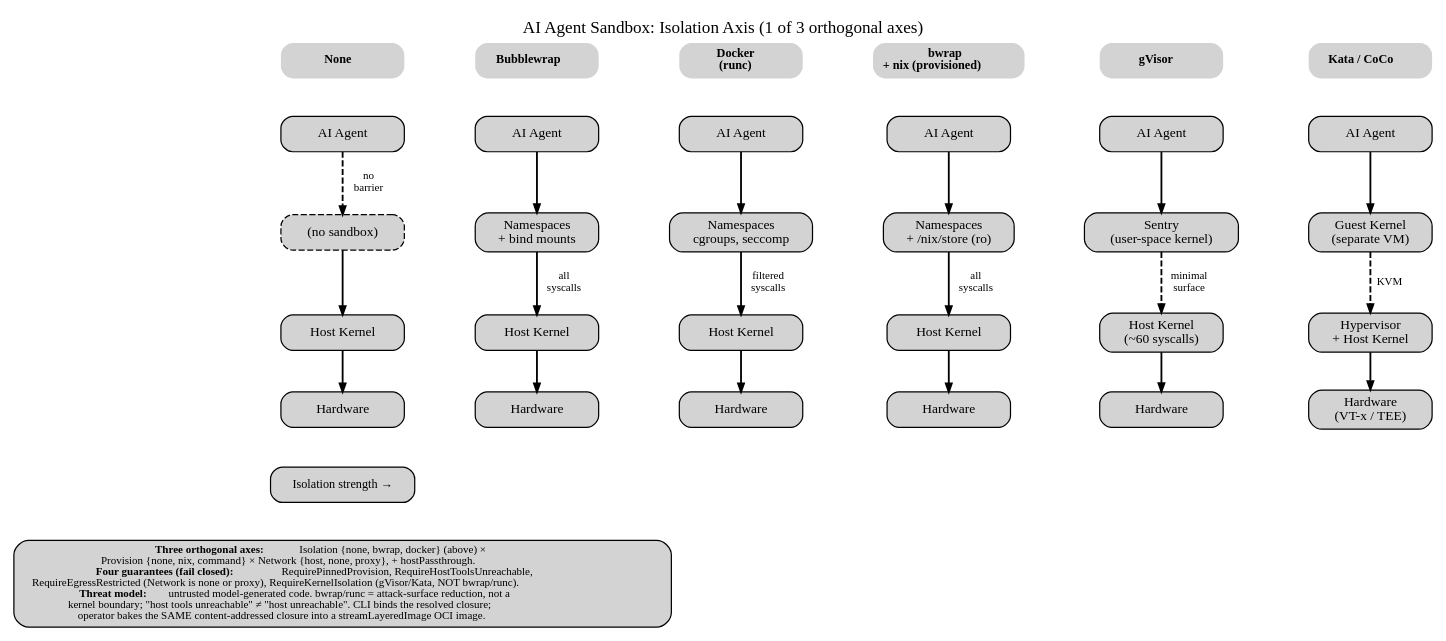
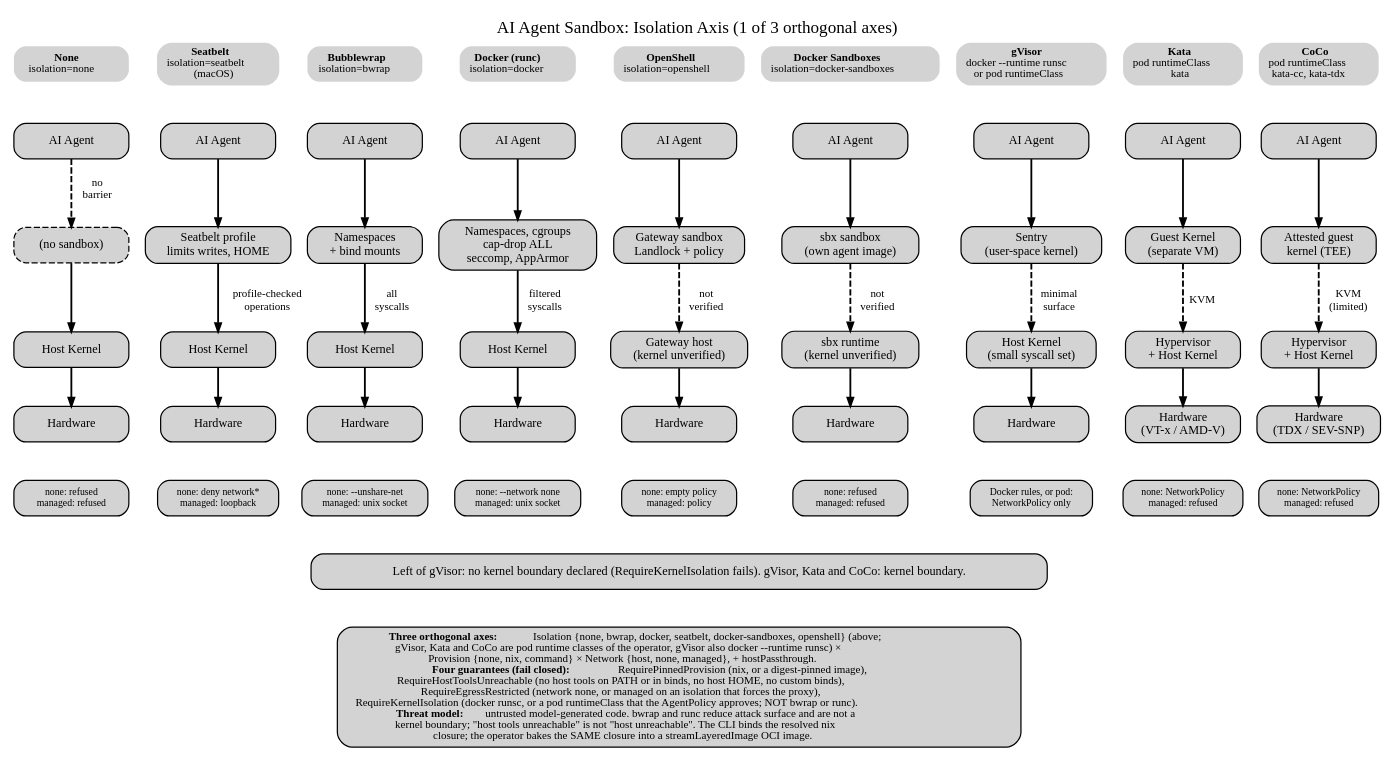
Before and after one commit to xonovex/platform: the diagram in packages/asset/asset-diagrams/00-overview.dot, drawn with Graphviz. The commit also changed 27 other files, not shown here.

Commit message:
docs(asset-diagrams): correct the sandbox diagrams against the code and add seatbelt, docker-sandboxes and openshell

```diff
--- a/packages/asset/asset-diagrams/00-overview.dot
+++ b/packages/asset/asset-diagrams/00-overview.dot
@@ -1,124 +1,174 @@
 digraph Overview {
   rankdir=TB;
   splines=false;
-  nodesep=0.4;
+  nodesep=0.1;
   ranksep=0.4;
   margin=0.3;
 
-  node [shape=box, style="rounded,filled", fontsize=11, width=1.4, height=0.4];
+  node [shape=box, style="rounded,filled", fontsize=10, width=1.3, height=0.4];
   edge [fontsize=9, penwidth=1.5, arrowsize=0.7];
 
   label="AI Agent Sandbox: Isolation Axis (1 of 3 orthogonal axes)";
   labelloc=t;
   fontsize=14;
 
-  // Column headers — the ISOLATION axis. Provision {none,nix,command} and
-  // Network {host,none,proxy} are ORTHOGONAL axes, not points on this spectrum.
+  // Column headers: the ISOLATION axis. Provision {none,nix,command} and
+  // Network {host,none,managed} are ORTHOGONAL axes, not points on this
+  // spectrum. The rows below the agent show what each isolation declares.
   subgraph {
     rank=same;
-    h1 [label=<<b>None</b>>, shape=plaintext, fontsize=10, group=c1];
-    h2 [label=<<b>Bubblewrap</b>>, shape=plaintext, fontsize=10, group=c2];
-    h3 [label=<<b>Docker<br/>(runc)</b>>, shape=plaintext, fontsize=10, group=c3];
-    h4 [label=<<b>bwrap<br/>+ nix (provisioned)</b>>, shape=plaintext, fontsize=10, group=c4];
-    h5 [label=<<b>gVisor</b>>, shape=plaintext, fontsize=10, group=c5];
-    h6 [label=<<b>Kata / CoCo</b>>, shape=plaintext, fontsize=10, group=c6];
+    h1 [label=<<b>None</b><br/>isolation=none>, shape=plaintext, fontsize=9, group=c1];
+    h2 [label=<<b>Seatbelt</b><br/>isolation=seatbelt<br/>(macOS)>, shape=plaintext, fontsize=9, group=c2];
+    h3 [label=<<b>Bubblewrap</b><br/>isolation=bwrap>, shape=plaintext, fontsize=9, group=c3];
+    h4 [label=<<b>Docker (runc)</b><br/>isolation=docker>, shape=plaintext, fontsize=9, group=c4];
+    h5 [label=<<b>OpenShell</b><br/>isolation=openshell>, shape=plaintext, fontsize=9, group=c5];
+    h6 [label=<<b>Docker Sandboxes</b><br/>isolation=docker-sandboxes>, shape=plaintext, fontsize=9, group=c6];
+    h7 [label=<<b>gVisor</b><br/>docker --runtime runsc<br/>or pod runtimeClass>, shape=plaintext, fontsize=9, group=c7];
+    h8 [label=<<b>Kata</b><br/>pod runtimeClass<br/>kata>, shape=plaintext, fontsize=9, group=c8];
+    h9 [label=<<b>CoCo</b><br/>pod runtimeClass<br/>kata-cc, kata-tdx>, shape=plaintext, fontsize=9, group=c9];
   }
 
-  // Application layer
   subgraph {
     rank=same;
     a1 [label="AI Agent", role="actor", group=c1];
     a2 [label="AI Agent", role="actor", group=c2];
     a3 [label="AI Agent", role="actor", group=c3];
     a4 [label="AI Agent", role="actor", group=c4];
     a5 [label="AI Agent", role="actor", group=c5];
     a6 [label="AI Agent", role="actor", group=c6];
+    a7 [label="AI Agent", role="actor", group=c7];
+    a8 [label="AI Agent", role="actor", group=c8];
+    a9 [label="AI Agent", role="actor", group=c9];
   }
 
-  // Sandbox / isolation layer
   subgraph {
     rank=same;
     s1 [label="(no sandbox)", role="risk", style="rounded,filled,dashed", group=c1];
-    s2 [label="Namespaces\n+ bind mounts", group=c2];
-    s3 [label="Namespaces\ncgroups, seccomp", group=c3];
-    s4 [label="Namespaces\n+ /nix/store (ro)", group=c4];
-    s5 [label="Sentry\n(user-space kernel)", group=c5];
-    s6 [label="Guest Kernel\n(separate VM)", group=c6];
+    s2 [label="Seatbelt profile\nlimits writes, HOME", group=c2];
+    s3 [label="Namespaces\n+ bind mounts", group=c3];
+    s4 [label="Namespaces, cgroups\ncap-drop ALL\nseccomp, AppArmor", group=c4];
+    s5 [label="Gateway sandbox\nLandlock + policy", group=c5];
+    s6 [label="sbx sandbox\n(own agent image)", group=c6];
+    s7 [label="Sentry\n(user-space kernel)", group=c7];
+    s8 [label="Guest Kernel\n(separate VM)", group=c8];
+    s9 [label="Attested guest\nkernel (TEE)", group=c9];
   }
 
-  // Kernel layer
   subgraph {
     rank=same;
     k1 [label="Host Kernel", role="strong", group=c1];
     k2 [label="Host Kernel", role="strong", group=c2];
     k3 [label="Host Kernel", role="strong", group=c3];
     k4 [label="Host Kernel", role="strong", group=c4];
-    k5 [label="Host Kernel\n(~60 syscalls)", role="strong", group=c5];
-    k6 [label="Hypervisor\n+ Host Kernel", role="strong", group=c6];
+    k5 [label="Gateway host\n(kernel unverified)", role="strong", group=c5];
+    k6 [label="sbx runtime\n(kernel unverified)", role="strong", group=c6];
+    k7 [label="Host Kernel\n(small syscall set)", role="strong", group=c7];
+    k8 [label="Hypervisor\n+ Host Kernel", role="strong", group=c8];
+    k9 [label="Hypervisor\n+ Host Kernel", role="strong", group=c9];
   }
 
-  // Hardware
   subgraph {
     rank=same;
     hw1 [label="Hardware", role="panel", group=c1];
     hw2 [label="Hardware", role="panel", group=c2];
     hw3 [label="Hardware", role="panel", group=c3];
     hw4 [label="Hardware", role="panel", group=c4];
     hw5 [label="Hardware", role="panel", group=c5];
-    hw6 [label="Hardware\n(VT-x / TEE)", role="panel", group=c6];
+    hw6 [label="Hardware", role="panel", group=c6];
+    hw7 [label="Hardware", role="panel", group=c7];
+    hw8 [label="Hardware\n(VT-x / AMD-V)", role="panel", group=c8];
+    hw9 [label="Hardware\n(TDX / SEV-SNP)", role="panel", group=c9];
   }
 
-  // Vertical flows
+  subgraph {
+    rank=same;
+    n1 [label="none: refused\nmanaged: refused", role="note", fontsize=8, group=c1];
+    n2 [label="none: deny network*\nmanaged: loopback", role="note", fontsize=8, group=c2];
+    n3 [label="none: --unshare-net\nmanaged: unix socket", role="note", fontsize=8, group=c3];
+    n4 [label="none: --network none\nmanaged: unix socket", role="note", fontsize=8, group=c4];
+    n5 [label="none: empty policy\nmanaged: policy", role="note", fontsize=8, group=c5];
+    n6 [label="none: refused\nmanaged: refused", role="note", fontsize=8, group=c6];
+    n7 [label="Docker rules, or pod:\nNetworkPolicy only", role="note", fontsize=8, group=c7];
+    n8 [label="none: NetworkPolicy\nmanaged: refused", role="note", fontsize=8, group=c8];
+    n9 [label="none: NetworkPolicy\nmanaged: refused", role="note", fontsize=8, group=c9];
+  }
+
   h1 -> a1 [style=invis];
   a1 -> s1 [role="risk", style=dashed, label="  no\n  barrier"];
   s1 -> k1;
   k1 -> hw1;
+  hw1 -> n1 [style=invis];
 
   h2 -> a2 [style=invis];
   a2 -> s2;
-  s2 -> k2 [label="  all\n  syscalls"];
+  s2 -> k2 [label="  profile-checked\n  operations"];
   k2 -> hw2;
+  hw2 -> n2 [style=invis];
 
   h3 -> a3 [style=invis];
   a3 -> s3;
-  s3 -> k3 [label="  filtered\n  syscalls"];
+  s3 -> k3 [label="  all\n  syscalls"];
   k3 -> hw3;
+  hw3 -> n3 [style=invis];
 
   h4 -> a4 [style=invis];
   a4 -> s4;
-  s4 -> k4 [label="  all\n  syscalls"];
+  s4 -> k4 [label="  filtered\n  syscalls"];
   k4 -> hw4;
+  hw4 -> n4 [style=invis];
 
   h5 -> a5 [style=invis];
   a5 -> s5;
-  s5 -> k5 [label="  minimal\n  surface", style=dashed];
+  s5 -> k5 [label="  not\n  verified", style=dashed];
   k5 -> hw5;
+  hw5 -> n5 [style=invis];
 
   h6 -> a6 [style=invis];
   a6 -> s6;
-  s6 -> k6 [label="  KVM", style=dashed];
+  s6 -> k6 [label="  not\n  verified", style=dashed];
   k6 -> hw6;
+  hw6 -> n6 [style=invis];
 
-  // Invisible horizontal ordering
-  h1 -> h2 -> h3 -> h4 -> h5 -> h6 [style=invis];
-  a1 -> a2 -> a3 -> a4 -> a5 -> a6 [style=invis];
-  s1 -> s2 -> s3 -> s4 -> s5 -> s6 [style=invis];
-  k1 -> k2 -> k3 -> k4 -> k5 -> k6 [style=invis];
-  hw1 -> hw2 -> hw3 -> hw4 -> hw5 -> hw6 [style=invis];
+  h7 -> a7 [style=invis];
+  a7 -> s7;
+  s7 -> k7 [label="  minimal\n  surface", style=dashed];
+  k7 -> hw7;
+  hw7 -> n7 [style=invis];
 
-  // Isolation arrow
-  arrow_label [label="Isolation strength →", role="caption", fontsize=10];
-  hw1 -> arrow_label [style=invis];
+  h8 -> a8 [style=invis];
+  a8 -> s8;
+  s8 -> k8 [label="  KVM", style=dashed];
+  k8 -> hw8;
+  hw8 -> n8 [style=invis];
 
-  // Three-axis model + policy footnote.
+  h9 -> a9 [style=invis];
+  a9 -> s9;
+  s9 -> k9 [label="  KVM\n  (limited)", style=dashed];
+  k9 -> hw9;
+  hw9 -> n9 [style=invis];
+
+  h1 -> h2 -> h3 -> h4 -> h5 -> h6 -> h7 -> h8 -> h9 [style=invis];
+  a1 -> a2 -> a3 -> a4 -> a5 -> a6 -> a7 -> a8 -> a9 [style=invis];
+  s1 -> s2 -> s3 -> s4 -> s5 -> s6 -> s7 -> s8 -> s9 [style=invis];
+  k1 -> k2 -> k3 -> k4 -> k5 -> k6 -> k7 -> k8 -> k9 [style=invis];
+  hw1 -> hw2 -> hw3 -> hw4 -> hw5 -> hw6 -> hw7 -> hw8 -> hw9 [style=invis];
+  n1 -> n2 -> n3 -> n4 -> n5 -> n6 -> n7 -> n8 -> n9 [style=invis];
+
+  // Grouping of the columns by the kernel boundary each declares.
+  arrow_label [label="Left of gVisor: no kernel boundary declared (RequireKernelIsolation fails). gVisor, Kata and CoCo: kernel boundary.", role="caption", fontsize=10];
+  n5 -> arrow_label [style=invis];
+
   caption [role="note", fontsize=9, label=<
-    <b>Three orthogonal axes:</b> Isolation {none, bwrap, docker} (above) ×<br/>
-    Provision {none, nix, command} × Network {host, none, proxy}, + hostPassthrough.<br/>
-    <b>Four guarantees (fail closed):</b> RequirePinnedProvision, RequireHostToolsUnreachable,<br/>
-    RequireEgressRestricted (Network is none or proxy), RequireKernelIsolation (gVisor/Kata, NOT bwrap/runc).<br/>
-    <b>Threat model:</b> untrusted model-generated code. bwrap/runc = attack-surface reduction, not a<br/>
-    kernel boundary; "host tools unreachable" ≠ "host unreachable". CLI binds the resolved closure;<br/>
-    operator bakes the SAME content-addressed closure into a streamLayeredImage OCI image.
+    <b>Three orthogonal axes:</b> Isolation {none, bwrap, docker, seatbelt, docker-sandboxes, openshell} (above;<br/>
+    gVisor, Kata and CoCo are pod runtime classes of the operator, gVisor also docker --runtime runsc) ×<br/>
+    Provision {none, nix, command} × Network {host, none, managed}, + hostPassthrough.<br/>
+    <b>Four guarantees (fail closed):</b> RequirePinnedProvision (nix, or a digest-pinned image),<br/>
+    RequireHostToolsUnreachable (no host tools on PATH or in binds, no host HOME, no custom binds),<br/>
+    RequireEgressRestricted (network none, or managed on an isolation that forces the proxy),<br/>
+    RequireKernelIsolation (docker runsc, or a pod runtimeClass that the AgentPolicy approves; NOT bwrap or runc).<br/>
+    <b>Threat model:</b> untrusted model-generated code. bwrap and runc reduce attack surface and are not a<br/>
+    kernel boundary; "host tools unreachable" is not "host unreachable". The CLI binds the resolved nix<br/>
+    closure; the operator bakes the SAME closure into a streamLayeredImage OCI image.
   >];
   arrow_label -> caption [style=invis];
 }
```
